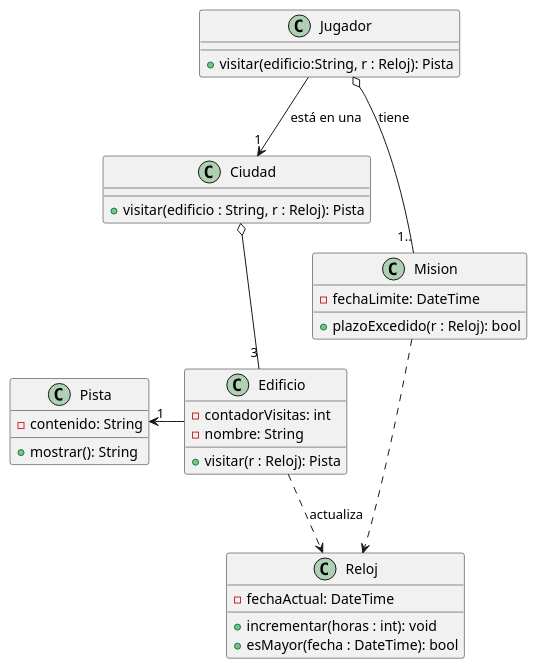
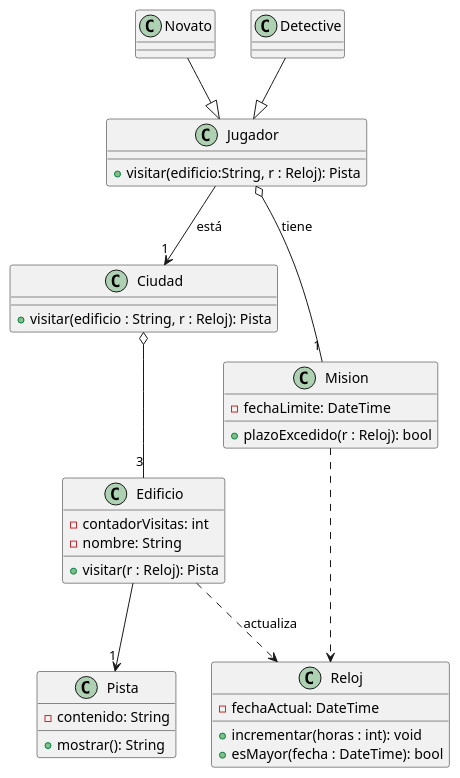
One commit to martinanus/algo3_tp2 changed the diagram in diagrams/classes/clases.puml. Above: the diagram before and after it, drawn with PlantUML. The commit also changed 5 other files, not shown here.

```diff
--- a/diagrams/classes/clases.puml
+++ b/diagrams/classes/clases.puml
@@ -1,39 +1,42 @@
 @startuml
 class Edificio {
 - contadorVisitas: int
 - nombre: String
 + visitar(r : Reloj): Pista
 }
 
 class Ciudad {
     + visitar(edificio : String, r : Reloj): Pista
 }
 
 class Jugador {
     + visitar(edificio:String, r : Reloj): Pista
 }
+
+class Novato
 
 class Mision{
     - fechaLimite: DateTime
     + plazoExcedido(r : Reloj): bool
 }
 
 class Reloj{
     - fechaActual: DateTime
     + incrementar(horas : int): void
     + esMayor(fecha : DateTime): bool
 }
 
 class Pista {
     - contenido: String
     + mostrar(): String
 }
-
-Pista "1" <-right-  Edificio
+Jugador -->"1" Ciudad: está
+Novato --|> Jugador
+Detective --|> Jugador
+Jugador o--"1" Mision: tiene
 Ciudad o-- "3" Edificio
-Jugador -->"1" Ciudad: está en una
-Jugador o--"1.." Mision: tiene
 Edificio ..> Reloj: actualiza
+Edificio --> "1" Pista
 Mision ..> Reloj
 
 @enduml
```
